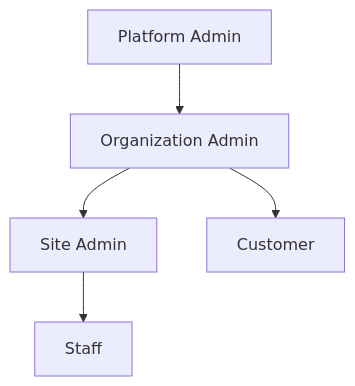
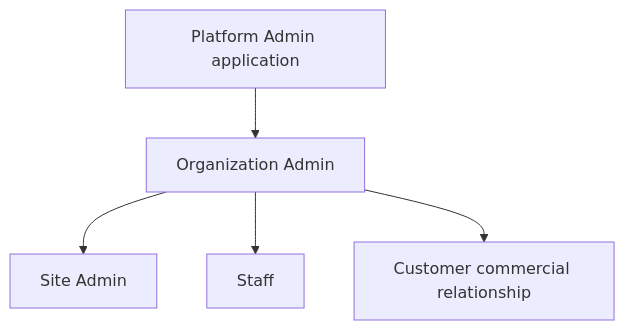
Before and after one commit to PCLOCKER77/docs: the second of 2 diagrams in 01_Product_Foundation/PF-01_Product_Glossary.md, drawn with Mermaid. The commit also changed other lines of this file and 53 other files, not shown here.

First line of the commit message:
docs: freeze access, mobile personas, and commerce architecture

````diff
--- a/01_Product_Foundation/PF-01_Product_Glossary.md
+++ b/01_Product_Foundation/PF-01_Product_Glossary.md
@@ -425,13 +423,13 @@
 ```mermaid
 flowchart TD
 
-A[Platform Admin]
+PA[Platform Admin application]
 
-A --> B[Organization Admin]
+PA --> OA[Organization Admin]
 
-B --> C[Site Admin]
+OA --> SA[Site Admin]
 
-C --> D[Staff]
+OA --> S[Staff]
 
-B --> E[Customer]
+OA --> C[Customer commercial relationship]
 ```
````
